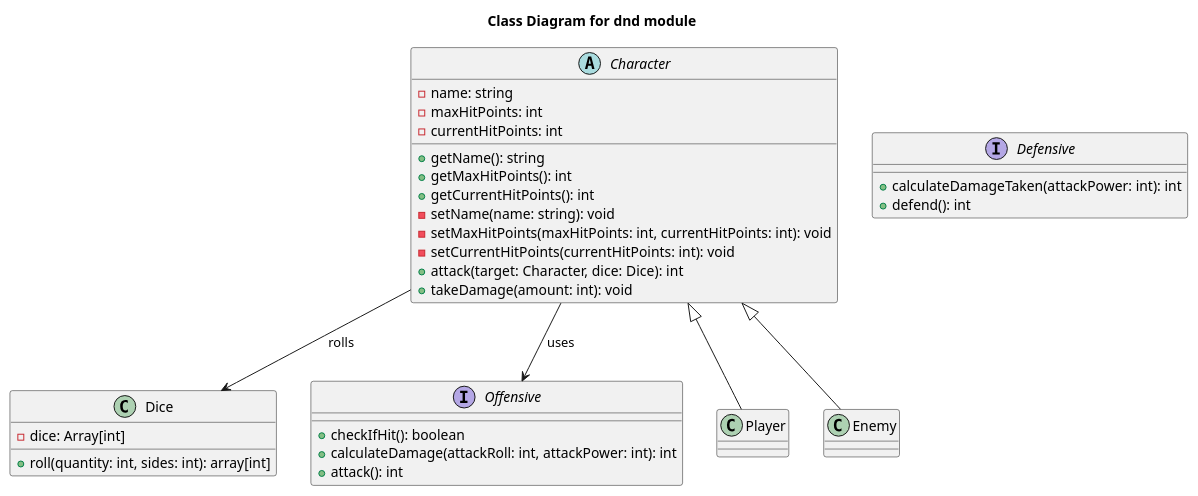
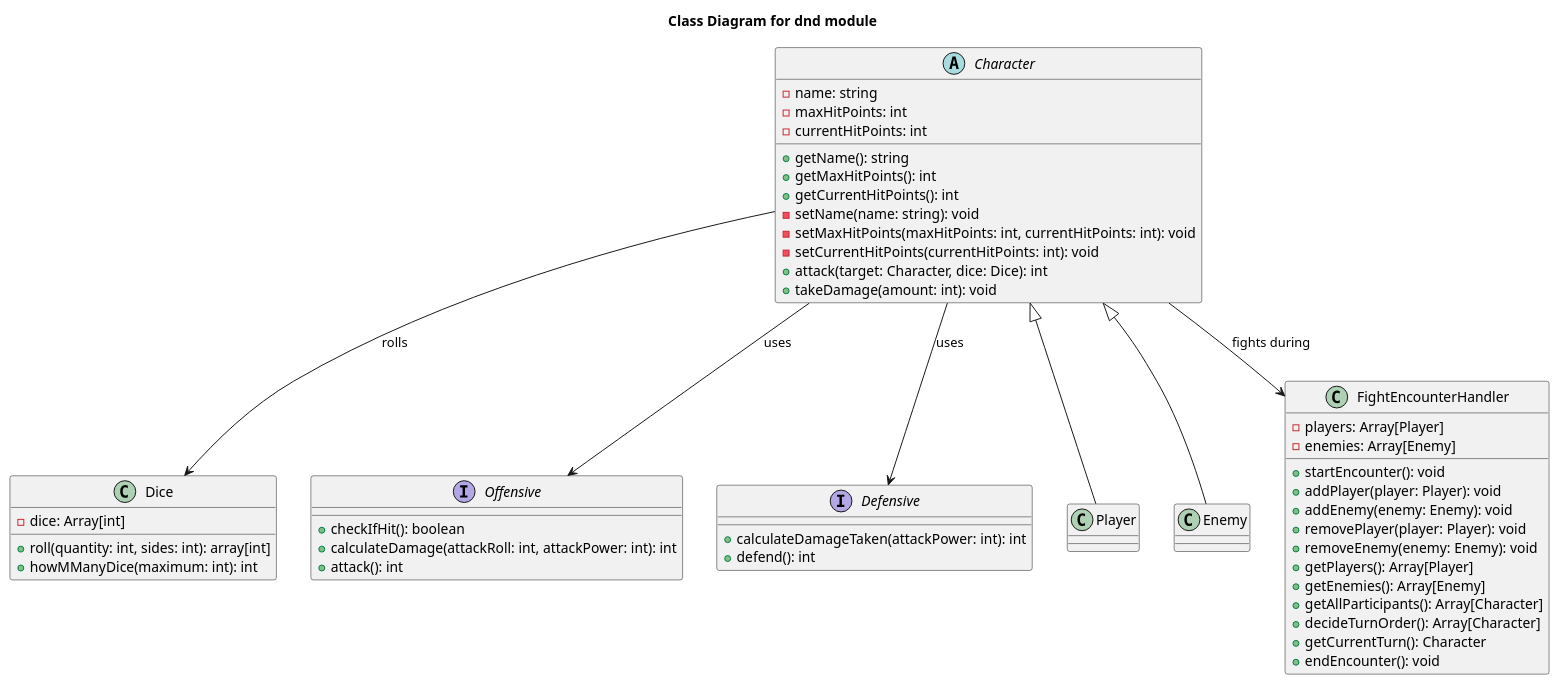
One commit to MrNegnar/DnDModule changed the diagram in diagrams/classDiagram.puml. Above: the diagram before and after it, drawn with PlantUML. The commit also changed 8 other files, not shown here.

```diff
--- a/diagrams/classDiagram.puml
+++ b/diagrams/classDiagram.puml
@@ -1,45 +1,64 @@
 @startuml classDiagram
 Title Class Diagram for dnd module
 
 class Dice {
   -dice: Array[int]
   +roll(quantity: int, sides: int): array[int]
+  +howMManyDice(maximum: int): int
 }
 
 Interface Offensive {
   +checkIfHit(): boolean
   +calculateDamage(attackRoll: int, attackPower: int): int
   +attack(): int
 }
 
 Interface Defensive {
   +calculateDamageTaken(attackPower: int): int
   +defend(): int
 }
 
 abstract class Character {
   -name: string
   -maxHitPoints: int
   -currentHitPoints: int
   +getName(): string
   +getMaxHitPoints(): int
   +getCurrentHitPoints(): int
   -setName(name: string): void
   -setMaxHitPoints(maxHitPoints: int, currentHitPoints: int): void
   -setCurrentHitPoints(currentHitPoints: int): void
   +attack(target: Character, dice: Dice): int
   +takeDamage(amount: int): void
 }
 
 class Player extends Character {
 
 }
 
 class Enemy extends Character {
 
 }
 
+class FightEncounterHandler {
+  -players: Array[Player]
+  -enemies: Array[Enemy]
+  +startEncounter(): void
+  +addPlayer(player: Player): void
+  +addEnemy(enemy: Enemy): void
+  +removePlayer(player: Player): void
+  +removeEnemy(enemy: Enemy): void
+  +getPlayers(): Array[Player]
+  +getEnemies(): Array[Enemy]
+  +getAllParticipants(): Array[Character]
+  +decideTurnOrder(): Array[Character]
+  +getCurrentTurn(): Character
+  +endEncounter(): void
+}
+
 Character --> Dice : rolls
 Character --> Offensive : uses
+Character --> Defensive : uses
+Character -->FightEncounterHandler : fights during
 
 @enduml
```
